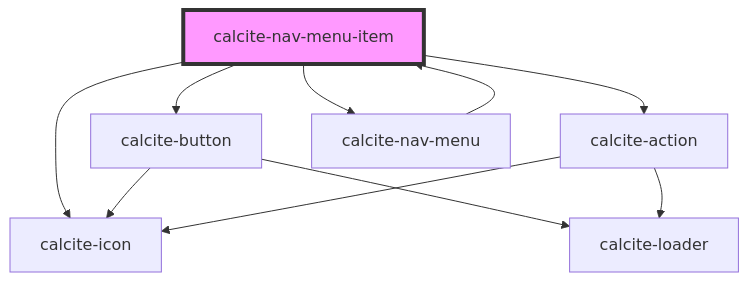
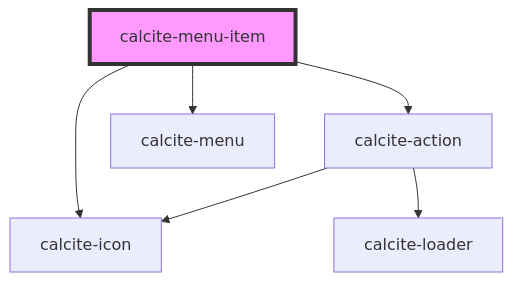
Before and after one commit to Esri/calcite-design-system: the diagram in src/components/menu-item/readme.md, drawn with Mermaid. The commit also changed other lines of this file and 2 other files, not shown here.

````diff
--- a/src/components/menu-item/readme.md
+++ b/src/components/menu-item/readme.md
@@ -47,13 +67,9 @@
 ```mermaid
 graph TD;
-  calcite-nav-menu-item --> calcite-icon
-  calcite-nav-menu-item --> calcite-button
-  calcite-nav-menu-item --> calcite-action
-  calcite-nav-menu-item --> calcite-nav-menu
-  calcite-button --> calcite-loader
-  calcite-button --> calcite-icon
+  calcite-menu-item --> calcite-icon
+  calcite-menu-item --> calcite-action
+  calcite-menu-item --> calcite-menu
   calcite-action --> calcite-loader
   calcite-action --> calcite-icon
-  calcite-nav-menu --> calcite-nav-menu-item
-  style calcite-nav-menu-item fill:#f9f,stroke:#333,stroke-width:4px
+  style calcite-menu-item fill:#f9f,stroke:#333,stroke-width:4px
 ```
````
